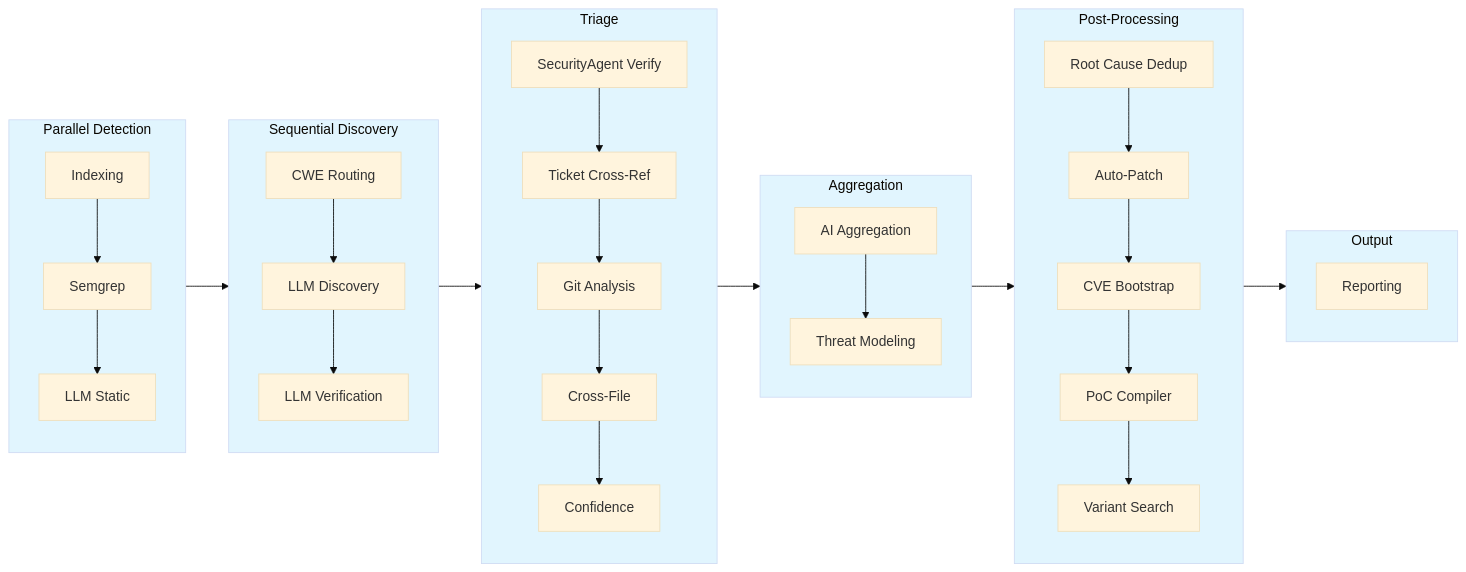
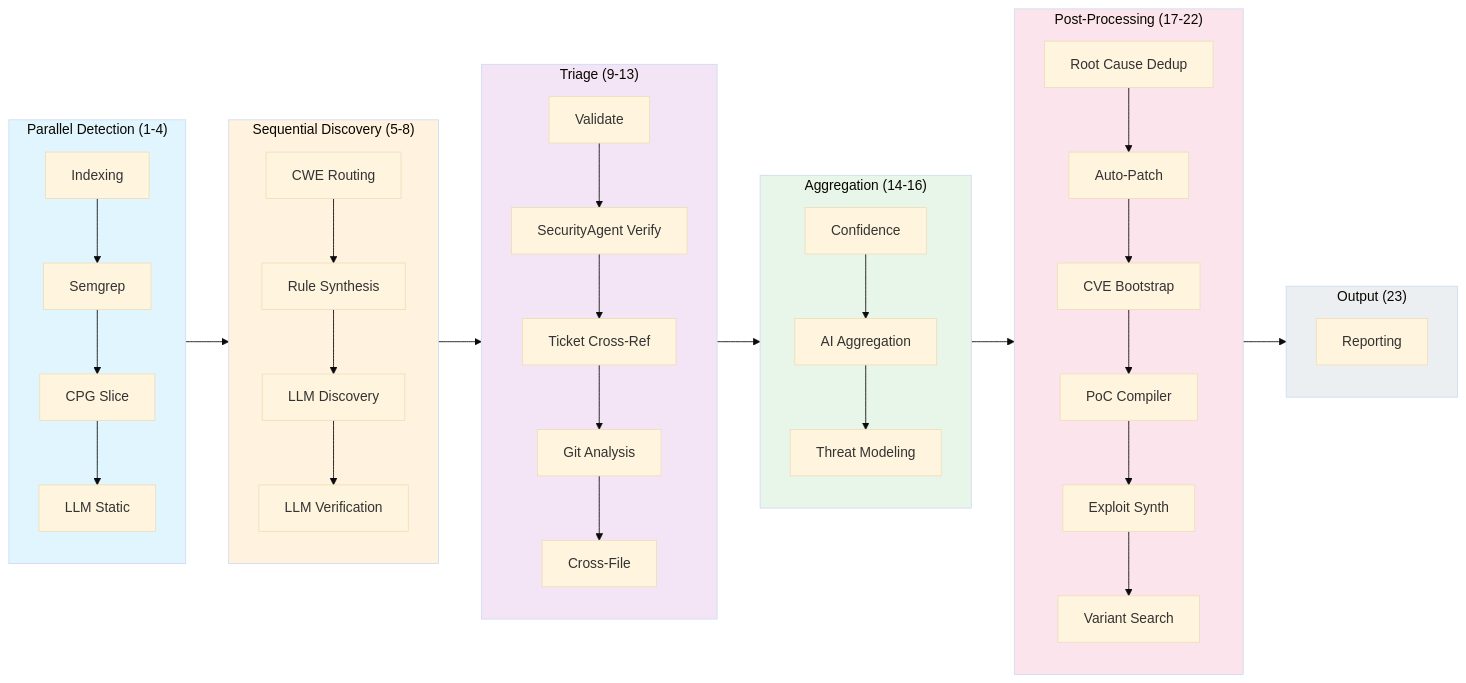
The diagram in docs/architecture.md (CodeAtCode/baco-scanner), drawn with Mermaid (base theme) before and after one commit. The commit also changed other lines of this file and 12 other files, not shown here.

````diff
--- a/docs/architecture.md
+++ b/docs/architecture.md
@@ -46,46 +46,51 @@
 ```mermaid
 flowchart LR
-    subgraph Parallel["Parallel Detection"]
+    subgraph Parallel["Parallel Detection (1-4)"]
         direction TB
-        A1[Indexing] --> A2[Semgrep] --> A3[LLM Static]
+        A1[Indexing] --> A2[Semgrep] --> A3[CPG Slice] --> A4[LLM Static]
     end
 
-    subgraph Discovery["Sequential Discovery"]
+    subgraph Discovery["Sequential Discovery (5-8)"]
         direction TB
-        B1[CWE Routing] --> B2[LLM Discovery] --> B3[LLM Verification]
+        B1[CWE Routing] --> B2[Rule Synthesis] --> B3[LLM Discovery] --> B4[LLM Verification]
     end
 
-    subgraph Triage["Triage"]
+    subgraph Triage["Triage (9-13)"]
         direction TB
-        C1[SecurityAgent Verify] --> C2[Ticket Cross-Ref] --> C3[Git Analysis] --> C4[Cross-File] --> C5[Confidence]
+        C1[Validate] --> C2[SecurityAgent Verify] --> C3[Ticket Cross-Ref] --> C4[Git Analysis] --> C5[Cross-File]
     end
 
-    subgraph Aggregation["Aggregation"]
+    subgraph Aggregation["Aggregation (14-16)"]
         direction TB
-        D1[AI Aggregation] --> D2[Threat Modeling]
+        D1[Confidence] --> D2[AI Aggregation] --> D3[Threat Modeling]
     end
 
-    subgraph PostProcessing["Post-Processing"]
+    subgraph PostProcessing["Post-Processing (17-22)"]
         direction TB
-        E1[Root Cause Dedup] --> E2[Auto-Patch] --> E3[CVE Bootstrap] --> E4[PoC Compiler] --> E5[Variant Search]
+        E1[Root Cause Dedup] --> E2[Auto-Patch] --> E3[CVE Bootstrap] --> E4[PoC Compiler] --> E5[Exploit Synth] --> E6[Variant Search]
     end
 
-    subgraph Output["Output"]
+    subgraph Output["Output (23)"]
         direction TB
         F1[Reporting]
     end
 
-    A3 --> B1
-    B3 --> C1
+    A4 --> B1
+    B4 --> C1
     C5 --> D1
-    D2 --> E1
-    E5 --> F1
+    D3 --> E1
+    E6 --> F1
 
     classDef parallel fill:#e1f5fe
     classDef discovery fill:#fff3e0
     classDef triage fill:#f3e5f5
     classDef aggregation fill:#e8f5e9
     classDef postproc fill:#fce4ec
     classDef output fill:#eceff1
-    class Parallel,Discovery,Triage,Aggregation,PostProcessing,Output parallel
+    class Parallel parallel
+    class Discovery discovery
+    class Triage triage
+    class Aggregation aggregation
+    class PostProcessing postproc
+    class Output output
 ```
````
